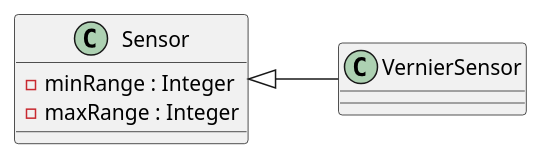
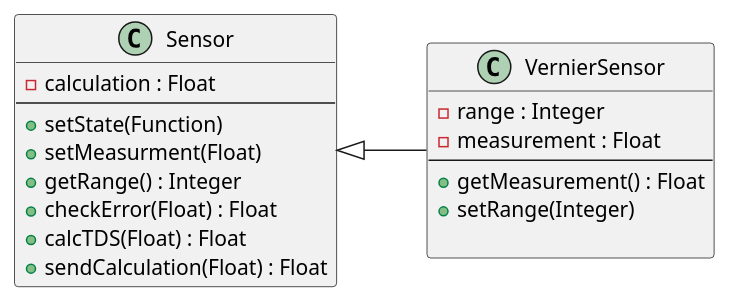
One commit to Ajmicco18/CSIS-5824-Applied-AI changed the diagram in UML Documents/tropisticAgentClass.puml. Above: the diagram before and after it, drawn with PlantUML. The commit also changed 3 other files, not shown here.

Commit message:
finished UML Diagrams

```diff
--- a/UML Documents/tropisticAgentClass.puml
+++ b/UML Documents/tropisticAgentClass.puml
@@ -1,15 +1,25 @@
 @startuml tropisticAgentClass
 left to right direction
 
 class Sensor {
-    -minRange : Integer
-    -maxRange : Integer
-    
+    -calculation : Float
+    --
+    +setState(Function) 
+    +setMeasurment(Float)
+    +getRange() : Integer
+    +checkError(Float) : Float
+    +calcTDS(Float) : Float
+    +sendCalculation(Float) : Float
 }
 
 class VernierSensor{
+    -range : Integer
+    -measurement : Float
+    --
+    +getMeasurement() : Float
+    +setRange(Integer)
 
 }
 
 Sensor <|--VernierSensor
 @enduml
```
